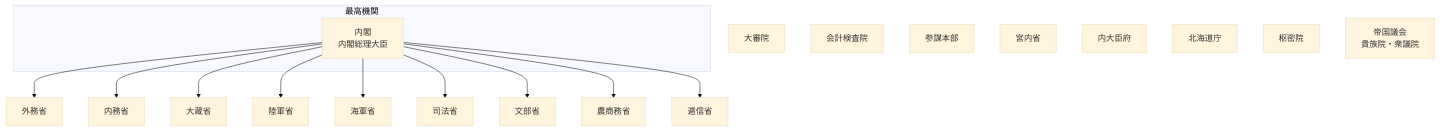
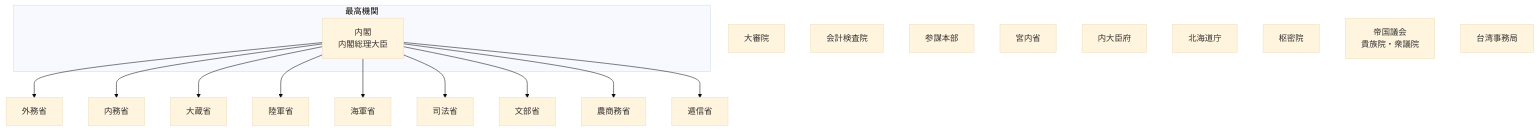
One commit to tatemaru/jp-admin-org-chart changed the diagram in README.md. Above: the diagram before and after it, drawn with Mermaid (base theme). The commit also changed other lines of this file, not shown here.

First line of the commit message:
feat(台湾事務局): 内閣に台湾事務局を設置

````diff
--- a/README.md
+++ b/README.md
@@ -9,34 +9,35 @@
 ```mermaid
 flowchart TB
   subgraph top["最高機関"]
     Cab["内閣
 内閣総理大臣"]
   end
   Gaimu["外務省"]
   Cab --> Gaimu
   Naimu["内務省"]
   Cab --> Naimu
   Okura["大蔵省"]
   Cab --> Okura
   Rikugun["陸軍省"]
   Cab --> Rikugun
   Kaigun["海軍省"]
   Cab --> Kaigun
   Shiho["司法省"]
   Cab --> Shiho
   Mombu["文部省"]
   Cab --> Mombu
   Nosho["農商務省"]
   Cab --> Nosho
   Teishin["逓信省"]
   Cab --> Teishin
   Daishin["大審院"]
   Audit["会計検査院"]
   Sanbo["参謀本部"]
   Kunai["宮内省"]
   Naidaijin["内大臣府"]
   Hokkaido["北海道庁"]
   Privy["枢密院"]
   Diet["帝国議会
 貴族院・衆議院"]
+  TaiwanJim["台湾事務局"]
 ```
````
